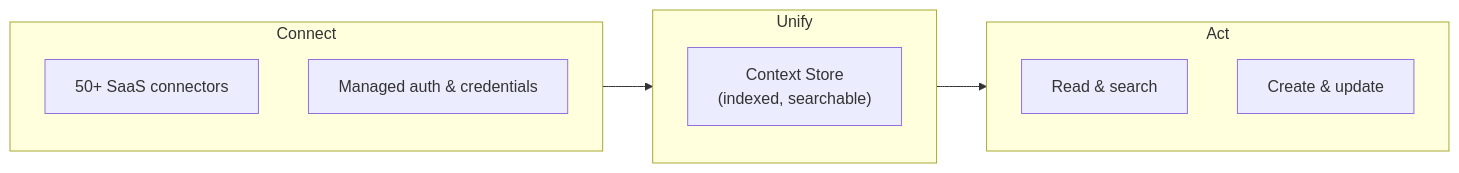
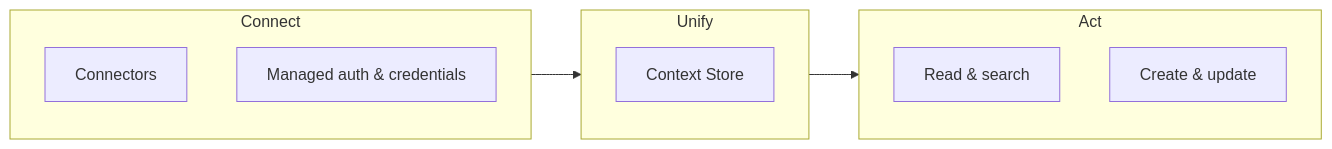
One commit to airbytehq/airbyte changed the diagram in docs/ai-agents/get-started/what-is-airbyte-agents.md. Above: the diagram before and after it, drawn with Mermaid. The commit also changed other lines of this file and 2 other files, not shown here.

Commit message:
copy edits

````diff
--- a/docs/ai-agents/get-started/what-is-airbyte-agents.md
+++ b/docs/ai-agents/get-started/what-is-airbyte-agents.md
@@ -28,15 +28,15 @@
 ```mermaid
 flowchart LR
     subgraph connect["Connect"]
-        C1["50+ SaaS connectors"]
+        C1["Connectors"]
         C2["Managed auth & credentials"]
     end
     subgraph unify["Unify"]
-        CS["Context Store<br/>(indexed, searchable)"]
+        CS["Context Store"]
     end
     subgraph act["Act"]
         A1["Read & search"]
         A2["Create & update"]
     end
     connect --> unify --> act
 ```
````
